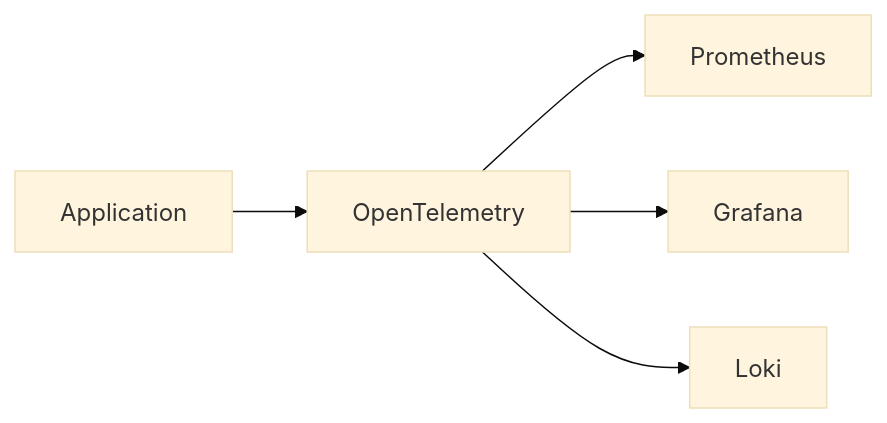
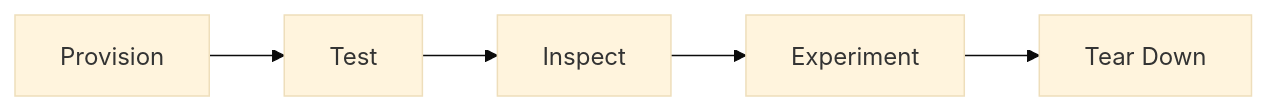
Before and after one commit to kunal-1207/OpsForge: diagram 18 of 18 in README.md, drawn with Mermaid (base theme). The commit also changed other lines of this file, not shown here.

````diff
--- a/README.md
+++ b/README.md
@@ -381,8 +649,7 @@
 ```mermaid
 flowchart LR
-    APP[Application] --> OTEL[OpenTelemetry]
-
-    OTEL --> PROM[Prometheus]
-    OTEL --> GRAF[Grafana]
-    OTEL --> LOKI[Loki]
+    A[Provision] --> B[Test]
+    B --> C[Inspect]
+    C --> D[Experiment]
+    D --> E[Tear Down]
 ```
````
